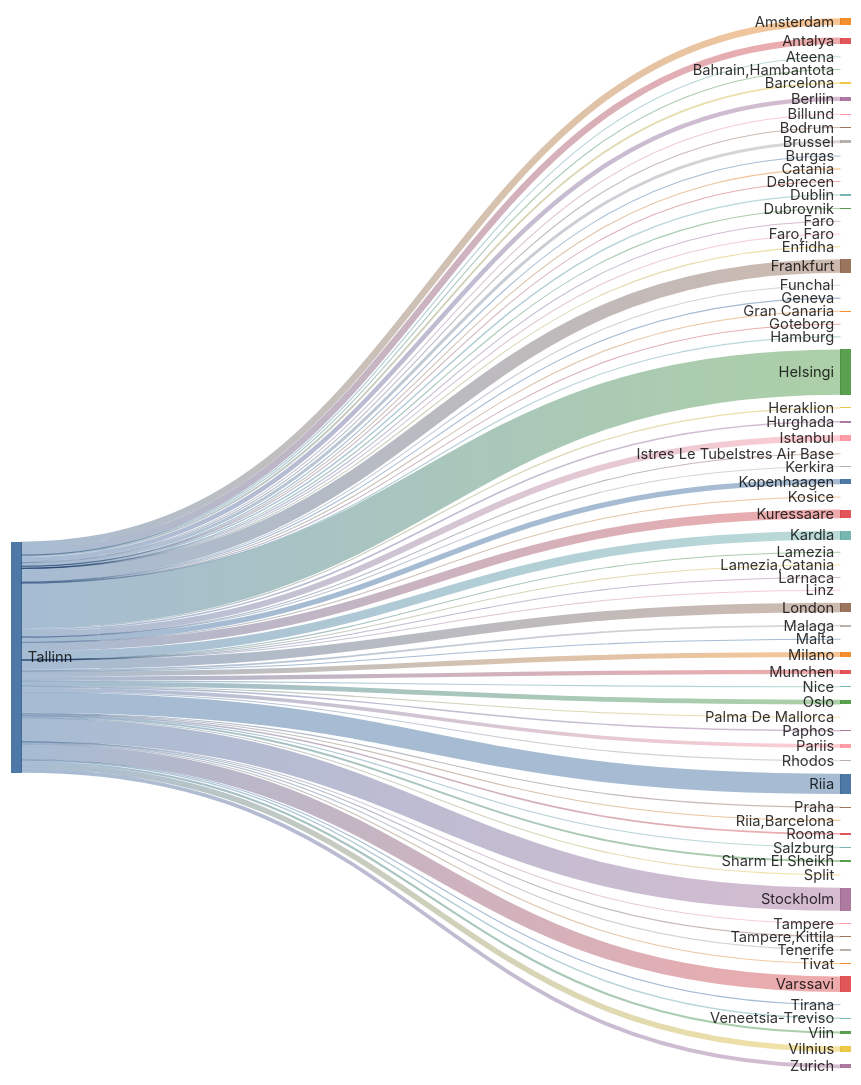
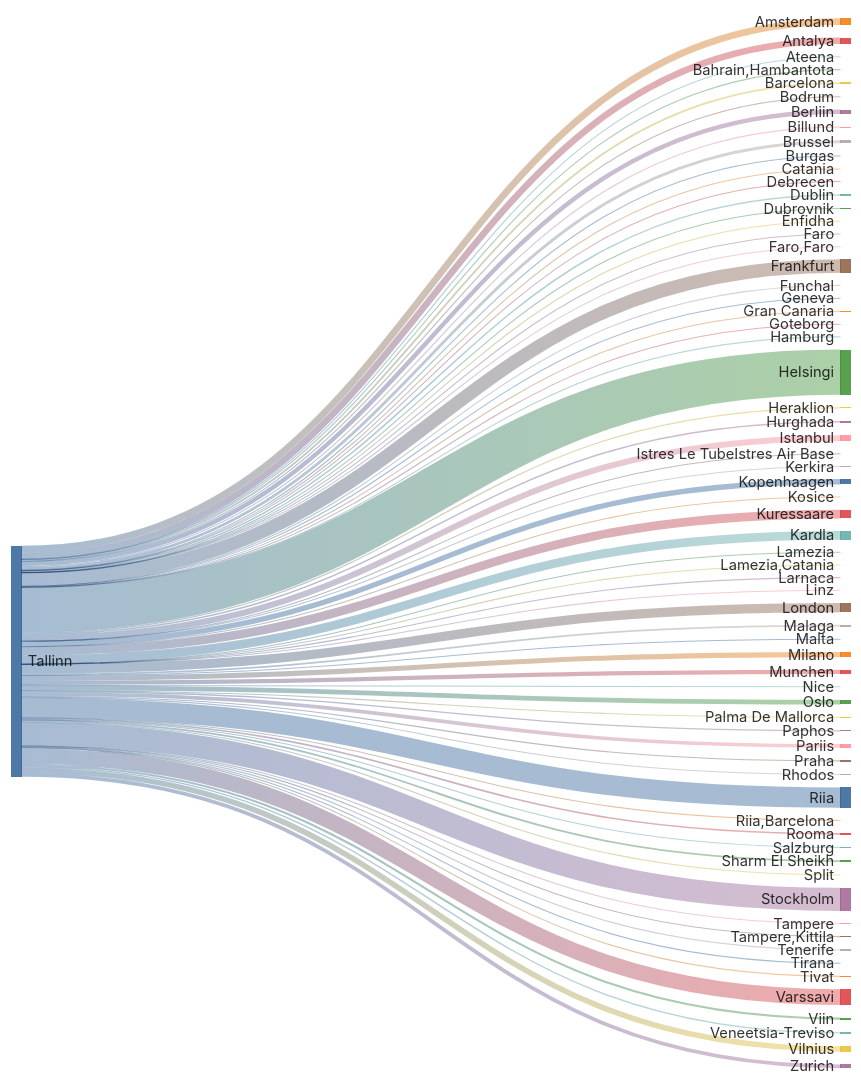
One commit to rainermesi/tll-airport-departures changed the second of 2 diagrams in README.md. Above: the diagram before and after it, drawn with Mermaid. The commit also changed other lines of this file and 1 other file, not shown here.

````diff
--- a/README.md
+++ b/README.md
@@ -34,79 +34,79 @@
 ```mermaid
 ---
 config:
   sankey:
     showValues: false
     width: 800
     height: 1000
 ---
 sankey-beta
 %% source,target,value
-Tallinn,Amsterdam,333
-Tallinn,Antalya,323
+Tallinn,Amsterdam,335
+Tallinn,Antalya,326
 Tallinn,Ateena,16
 Tallinn,"Bahrain,Hambantota",1
 Tallinn,Barcelona,93
-Tallinn,Berliin,220
+Tallinn,Berliin,222
 Tallinn,Billund,55
 Tallinn,Bodrum,11
 Tallinn,Brussel,145
-Tallinn,Burgas,26
+Tallinn,Burgas,27
 Tallinn,Catania,2
 Tallinn,Debrecen,1
 Tallinn,Dublin,73
 Tallinn,Dubrovnik,21
 Tallinn,Enfidha,7
 Tallinn,Faro,4
 Tallinn,"Faro,Faro",1
-Tallinn,Frankfurt,665
+Tallinn,Frankfurt,668
 Tallinn,Funchal,5
 Tallinn,Geneva,13
 Tallinn,Gran Canaria,38
 Tallinn,Goteborg,1
 Tallinn,Hamburg,2
-Tallinn,Helsingi,2239
-Tallinn,Heraklion,57
+Tallinn,Helsingi,2248
+Tallinn,Heraklion,58
 Tallinn,Hurghada,75
-Tallinn,Istanbul,300
+Tallinn,Istanbul,301
 Tallinn,Istres Le TubeIstres Air Base,2
 Tallinn,Kerkira,4
-Tallinn,Kopenhaagen,261
+Tallinn,Kopenhaagen,264
 Tallinn,Kosice,1
-Tallinn,Kuressaare,433
-Tallinn,Kardla,433
+Tallinn,Kuressaare,435
+Tallinn,Kardla,435
 Tallinn,Lamezia,1
 Tallinn,"Lamezia,Catania",3
 Tallinn,Larnaca,4
 Tallinn,Linz,2
-Tallinn,London,460
+Tallinn,London,461
 Tallinn,Malaga,87
 Tallinn,Malta,18
-Tallinn,Milano,250
-Tallinn,Munchen,207
-Tallinn,Nice,30
-Tallinn,Oslo,235
+Tallinn,Milano,251
+Tallinn,Munchen,209
+Tallinn,Nice,31
+Tallinn,Oslo,236
 Tallinn,Palma De Mallorca,22
 Tallinn,Paphos,66
-Tallinn,Pariis,182
+Tallinn,Pariis,183
 Tallinn,Praha,58
 Tallinn,Rhodos,38
-Tallinn,Riia,1009
+Tallinn,Riia,1013
 Tallinn,"Riia,Barcelona",1
 Tallinn,Rooma,80
 Tallinn,Salzburg,14
 Tallinn,Sharm El Sheikh,93
 Tallinn,Split,31
-Tallinn,Stockholm,1143
+Tallinn,Stockholm,1148
 Tallinn,Tampere,17
 Tallinn,"Tampere,Kittila",21
 Tallinn,Tenerife,58
 Tallinn,Tirana,11
 Tallinn,Tivat,34
-Tallinn,Varssavi,774
+Tallinn,Varssavi,777
 Tallinn,Veneetsia-Treviso,67
 Tallinn,Viin,106
-Tallinn,Vilnius,276
-Tallinn,Zurich,188
+Tallinn,Vilnius,278
+Tallinn,Zurich,189
 
 
 ```
````
